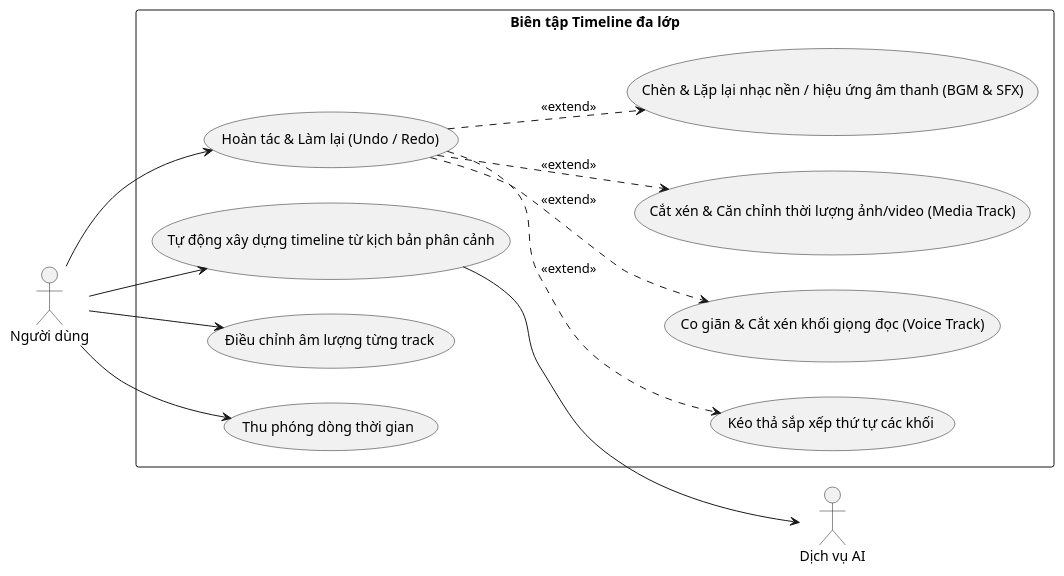
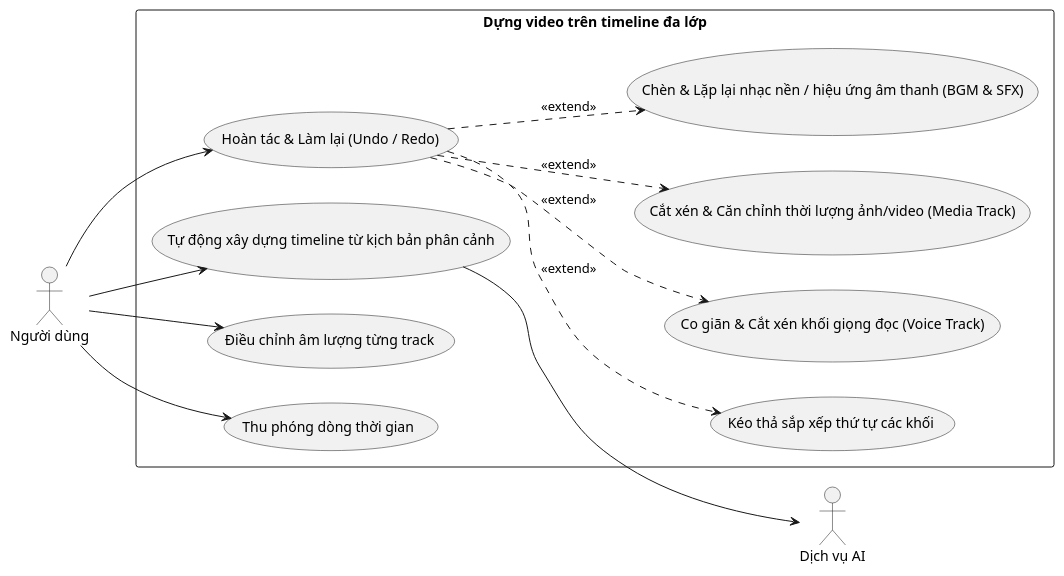
The diagram in docs/bieu-do-uc/bieu-do-uc-chi-tiet/make/dung-va-xuat-video/dung-video-tren-timeline-da-lop.puml (202416852-anhpv/story2video-docs), drawn with PlantUML before and after one commit. The commit also changed 8 other files, not shown here.

```diff
--- a/docs/bieu-do-uc/bieu-do-uc-chi-tiet/make/dung-va-xuat-video/dung-video-tren-timeline-da-lop.puml
+++ b/docs/bieu-do-uc/bieu-do-uc-chi-tiet/make/dung-va-xuat-video/dung-video-tren-timeline-da-lop.puml
@@ -1,30 +1,30 @@
-@startuml bien-tap-timeline-da-lop
+@startuml dung-video-tren-timeline-da-lop
 left to right direction
 
 actor "Người dùng" as User
 actor "Dịch vụ AI" as AI_Service
 
-rectangle "Biên tập Timeline đa lớp" {
+rectangle "Dựng video trên timeline đa lớp" {
     usecase "Tự động xây dựng timeline từ kịch bản phân cảnh" as UC_01
     usecase "Kéo thả sắp xếp thứ tự các khối" as UC_02
     usecase "Co giãn & Cắt xén khối giọng đọc (Voice Track)" as UC_03
     usecase "Cắt xén & Căn chỉnh thời lượng ảnh/video (Media Track)" as UC_04
     usecase "Chèn & Lặp lại nhạc nền / hiệu ứng âm thanh (BGM & SFX)" as UC_05
     usecase "Điều chỉnh âm lượng từng track" as UC_06
     usecase "Thu phóng dòng thời gian" as UC_07
     usecase "Hoàn tác & Làm lại (Undo / Redo)" as UC_08
 }
 
 User --> UC_01
 User --> UC_06
 User --> UC_07
 User --> UC_08
 
 UC_01 --> AI_Service
 
 UC_08 ..> UC_02 : <<extend>>
 UC_08 ..> UC_03 : <<extend>>
 UC_08 ..> UC_04 : <<extend>>
 UC_08 ..> UC_05 : <<extend>>
 
 @enduml
```
